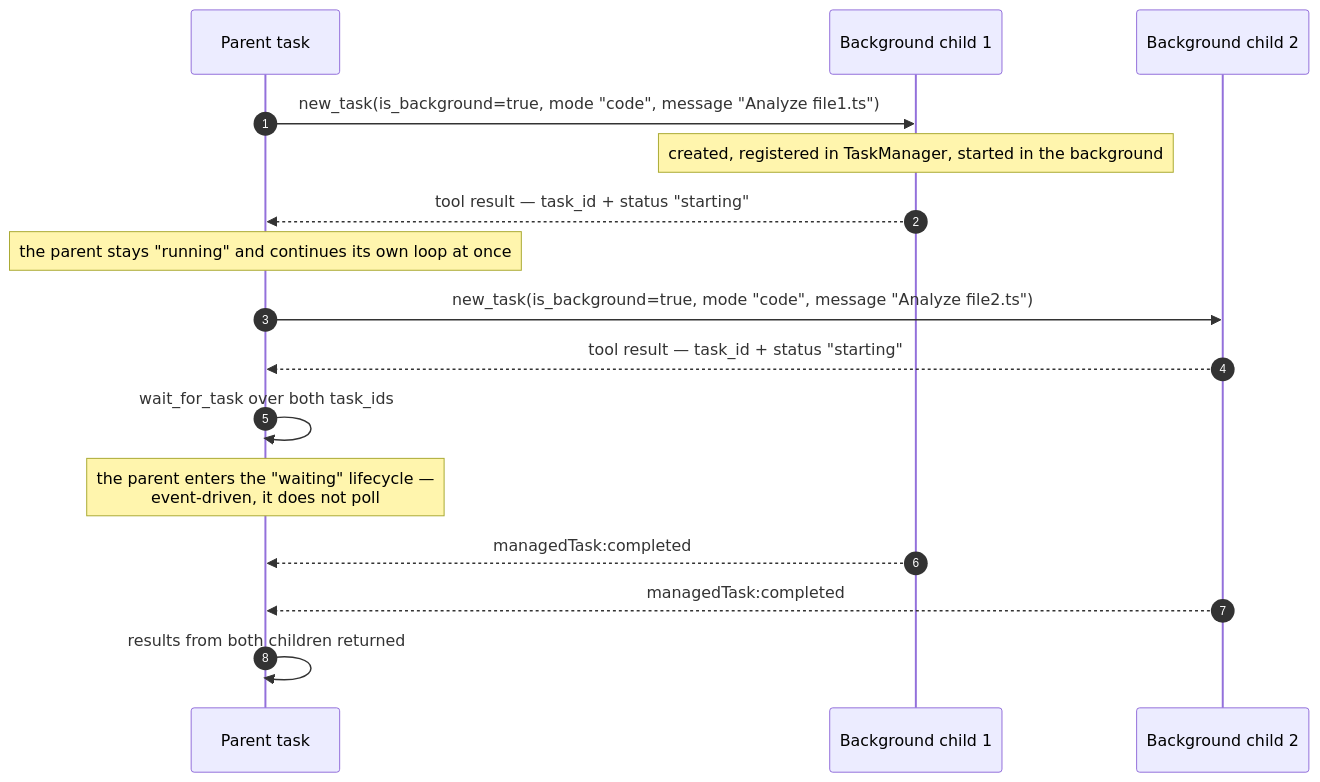
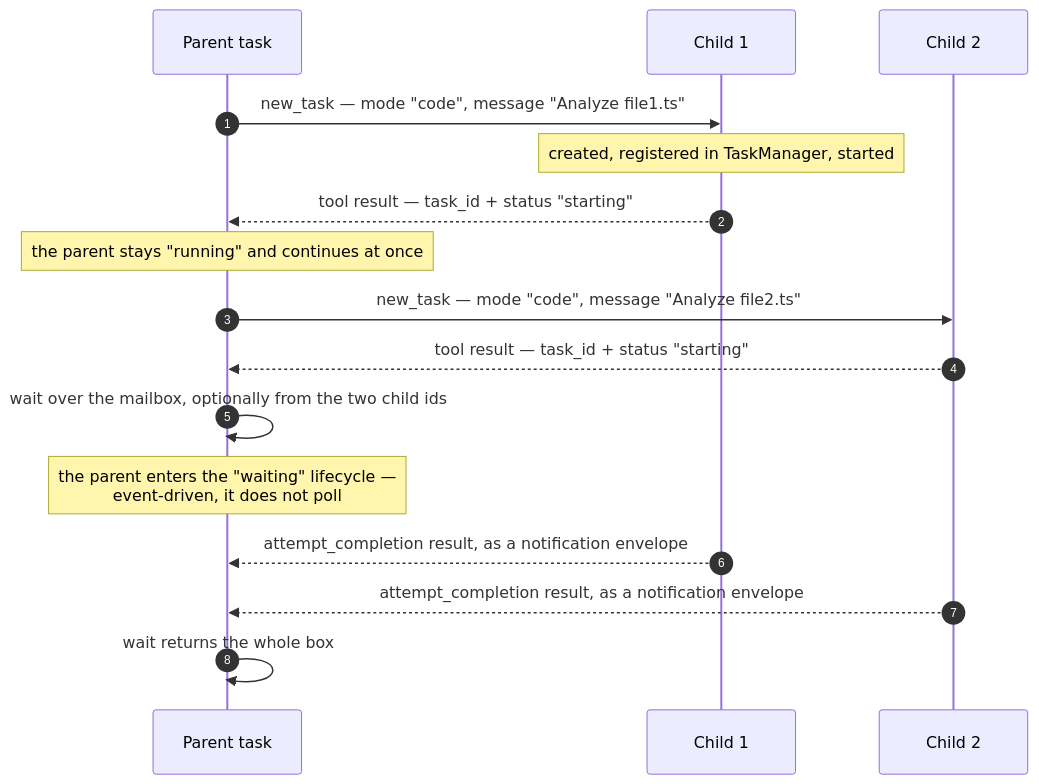
Before and after one commit to shofer-dev/shofer: the fourth of 5 diagrams in docs/parallelism.md, drawn with Mermaid. The commit also changed other lines of this file and 80 other files, not shown here.

First line of the commit message:
feat(core)!: new_task is concurrent-only; parent/child results and questions ride the mailbox; A2A over the mailbox transport

````diff
--- a/docs/parallelism.md
+++ b/docs/parallelism.md
@@ -262,19 +240,19 @@
 ```mermaid
 sequenceDiagram
     autonumber
     participant P as Parent task
-    participant C1 as Background child 1
-    participant C2 as Background child 2
+    participant C1 as Child 1
+    participant C2 as Child 2
 
-    P->>C1: new_task(is_background=true, mode "code", message "Analyze file1.ts")
-    Note over C1: created, registered in TaskManager, started in the background
+    P->>C1: new_task — mode "code", message "Analyze file1.ts"
+    Note over C1: created, registered in TaskManager, started
     C1-->>P: tool result — task_id + status "starting"
-    Note over P: the parent stays "running" and continues its own loop at once
-    P->>C2: new_task(is_background=true, mode "code", message "Analyze file2.ts")
+    Note over P: the parent stays "running" and continues at once
+    P->>C2: new_task — mode "code", message "Analyze file2.ts"
     C2-->>P: tool result — task_id + status "starting"
-    P->>P: wait_for_task over both task_ids
+    P->>P: wait over the mailbox, optionally from the two child ids
     Note over P: the parent enters the "waiting" lifecycle —<br/>event-driven, it does not poll
-    C1-->>P: managedTask:completed
-    C2-->>P: managedTask:completed
-    P->>P: results from both children returned
+    C1-->>P: attempt_completion result, as a notification envelope
+    C2-->>P: attempt_completion result, as a notification envelope
+    P->>P: wait returns the whole box
 ```
````
